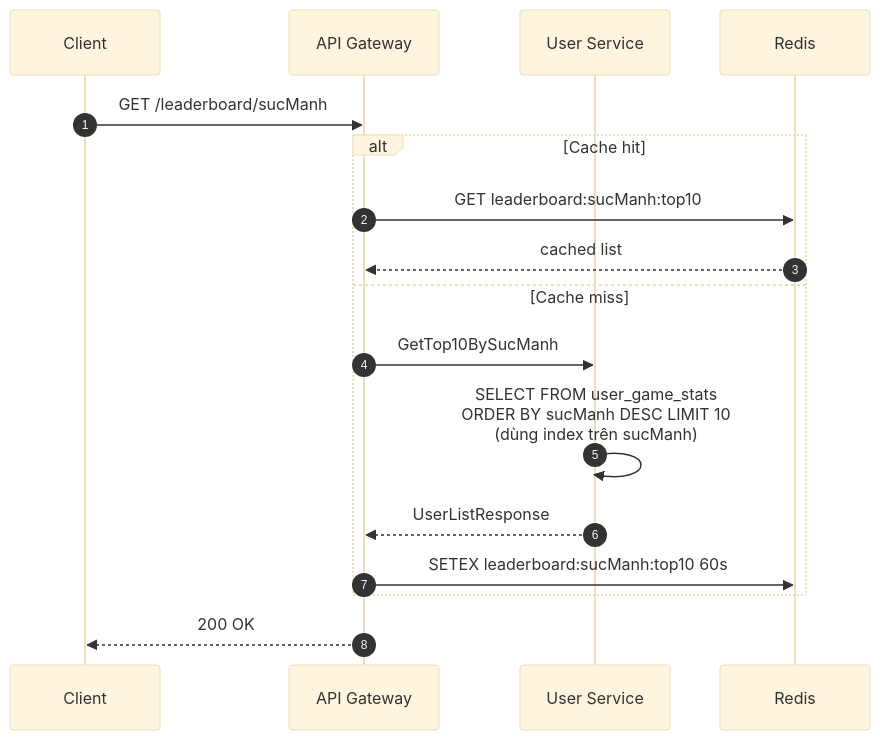
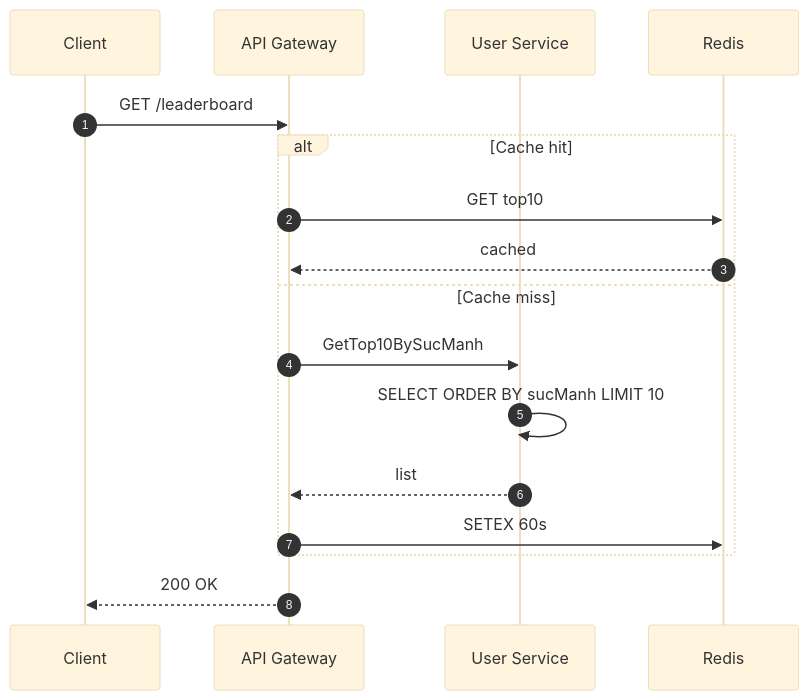
Before and after one commit to DANG-PH/dragonboy-api-gateway: diagram 14 of 18 in docs/architecture.md, drawn with Mermaid (base theme). The commit also changed other lines of this file, not shown here.

Commit message:
fix: architecture docs with erd, diagram, usecase,...

````diff
--- a/docs/architecture.md
+++ b/docs/architecture.md
@@ -885,22 +890,22 @@
 ```mermaid
 sequenceDiagram
     autonumber
     participant C as Client
     participant GW as API Gateway
     participant User as User Service
     participant Cache as Redis
 
-    C->>GW: GET /leaderboard/sucManh
+    C->>GW: GET /leaderboard
 
     alt Cache hit
-        GW->>Cache: GET leaderboard:sucManh:top10
-        Cache-->>GW: cached list
+        GW->>Cache: GET top10
+        Cache-->>GW: cached
     else Cache miss
         GW->>User: GetTop10BySucManh
-        User->>User: SELECT FROM user_game_stats<br/>ORDER BY sucManh DESC LIMIT 10<br/>(dùng index trên sucManh)
-        User-->>GW: UserListResponse
-        GW->>Cache: SETEX leaderboard:sucManh:top10 60s
+        User->>User: SELECT ORDER BY sucManh LIMIT 10
+        User-->>GW: list
+        GW->>Cache: SETEX 60s
     end
 
     GW-->>C: 200 OK
 ```
````
